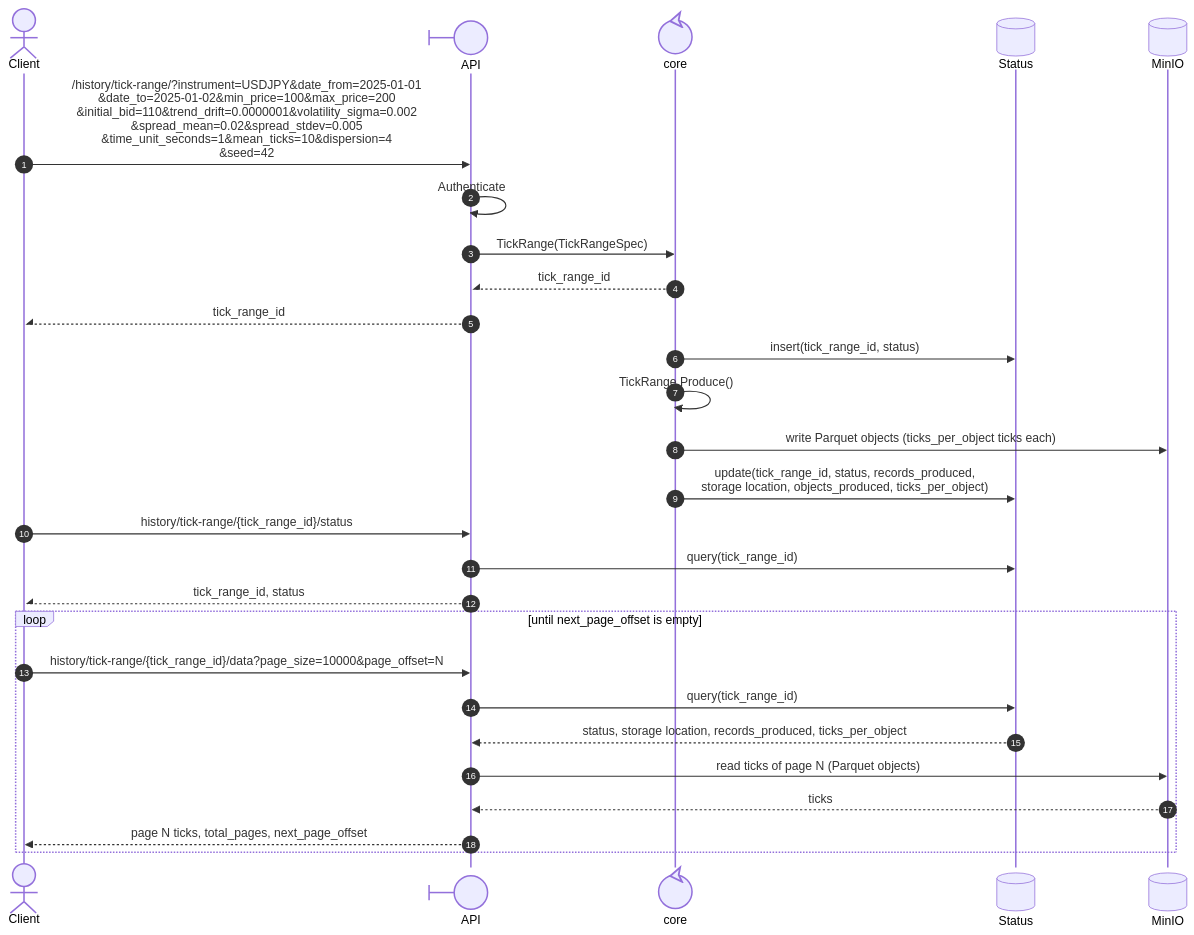
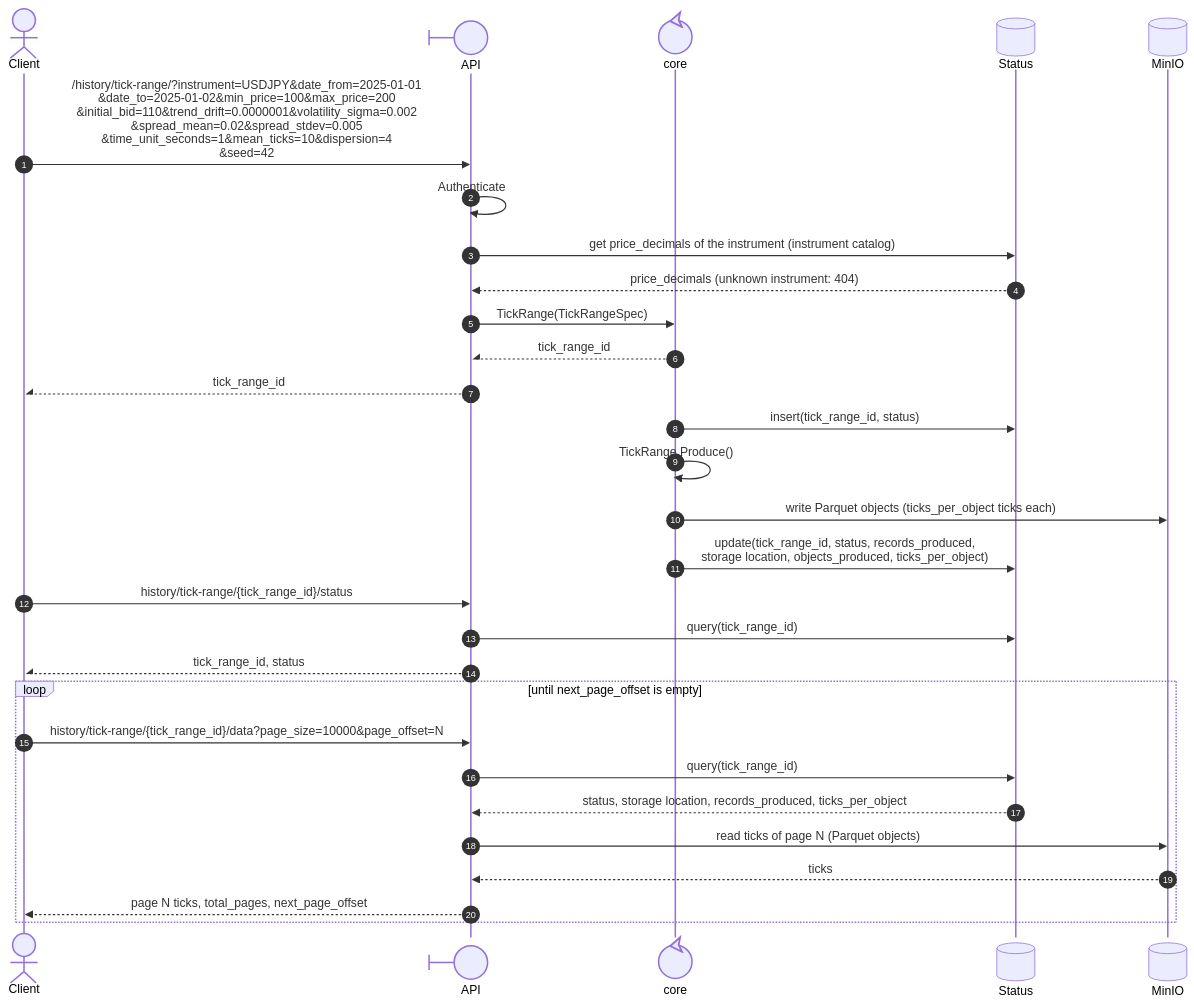
The fourth of 4 diagrams in docs/design/domain-analysis.md (mchiuminatto/synthetick), drawn with Mermaid before and after one commit. The commit also changed other lines of this file, not shown here.

First line of the commit message:
Add instrument catalog as reference data with price decimals

````diff
--- a/docs/design/domain-analysis.md
+++ b/docs/design/domain-analysis.md
@@ -308,31 +332,33 @@
 ```mermaid
 sequenceDiagram
     autonumber
     actor Client
     participant API@{"type": "boundary", "alias": "API"} as API
     participant Core@{"type": "control", "alias": "core"} as Core
     participant DB@{"type": "database", "alias": "Status"} as Status
     participant Storage@{"type": "database", "alias": "Storage"} as MinIO
 
     Client ->> API: /history/tick-range/?instrument=USDJPY&date_from=2025-01-01<br>&date_to=2025-01-02&min_price=100&max_price=200<br>&initial_bid=110&trend_drift=0.0000001&volatility_sigma=0.002<br>&spread_mean=0.02&spread_stdev=0.005<br>&time_unit_seconds=1&mean_ticks=10&dispersion=4<br>&seed=42
     API ->> API: Authenticate
+    API ->> DB: get price_decimals of the instrument (instrument catalog)
+    DB -->> API: price_decimals (unknown instrument: 404)
     API ->> Core: TickRange(TickRangeSpec)
     Core --|/ API: tick_range_id
     API --|/ Client: tick_range_id
     Core ->> DB: insert(tick_range_id, status)
     Core ->> Core: TickRange.Produce()
     Core ->> Storage: write Parquet objects (ticks_per_object ticks each)
     Core ->> DB: update(tick_range_id, status, records_produced,<br>storage location, objects_produced, ticks_per_object)
     Client ->> API: history/tick-range/{tick_range_id}/status
     API ->> DB: query(tick_range_id)
     API --|/ Client: tick_range_id, status
     loop until next_page_offset is empty
         Client ->> API: history/tick-range/{tick_range_id}/data?page_size=10000&page_offset=N
         API ->> DB: query(tick_range_id)
         DB -->> API: status, storage location, records_produced, ticks_per_object
         API ->> Storage: read ticks of page N (Parquet objects)
         Storage -->> API: ticks
         API -->> Client: page N ticks, total_pages, next_page_offset
     end
 
 ```
````
